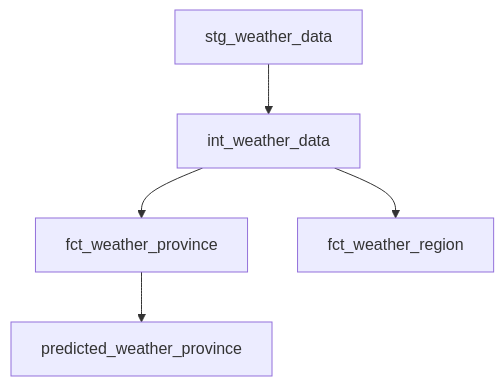
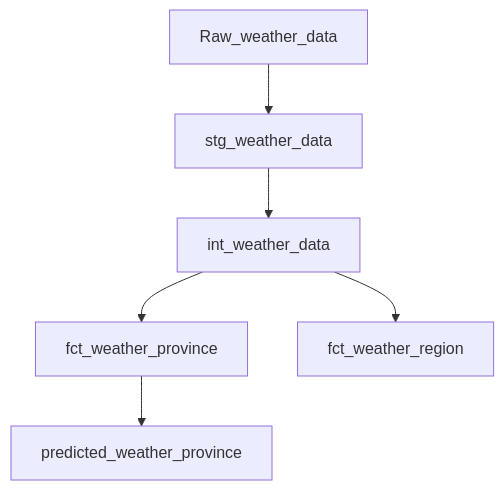
Before and after one commit to beto1810/Capstone_Weather_ML: the diagram in README.md, drawn with Mermaid. The commit also changed 1 other file, not shown here.

Commit message:
not happy commit

````diff
--- a/README.md
+++ b/README.md
@@ -128,7 +128,8 @@
 ```mermaid
 graph TD
-    A[stg_weather_data] --> B[int_weather_data]
-    B --> C[fct_weather_province]
-    B --> D[fct_weather_region]
-    C --> E[predicted_weather_province]
+    A[Raw_weather_data] --> B[stg_weather_data]
+    B[stg_weather_data] --> C[int_weather_data]
+    C --> D[fct_weather_province]
+    C --> E[fct_weather_region]
+    D --> F[predicted_weather_province]
 ```
````
